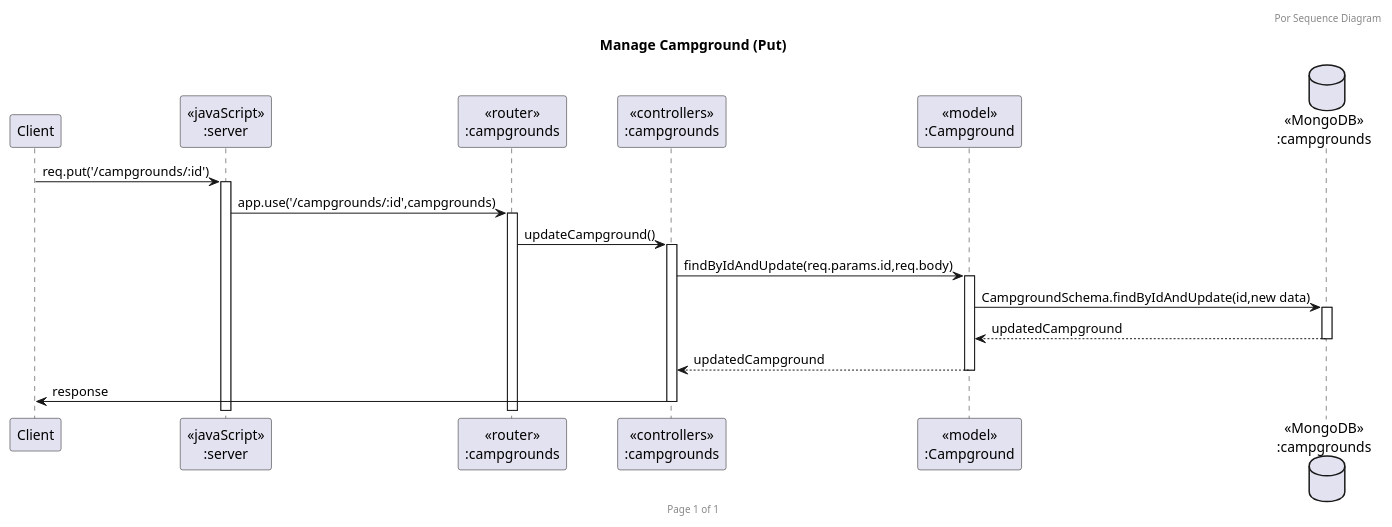
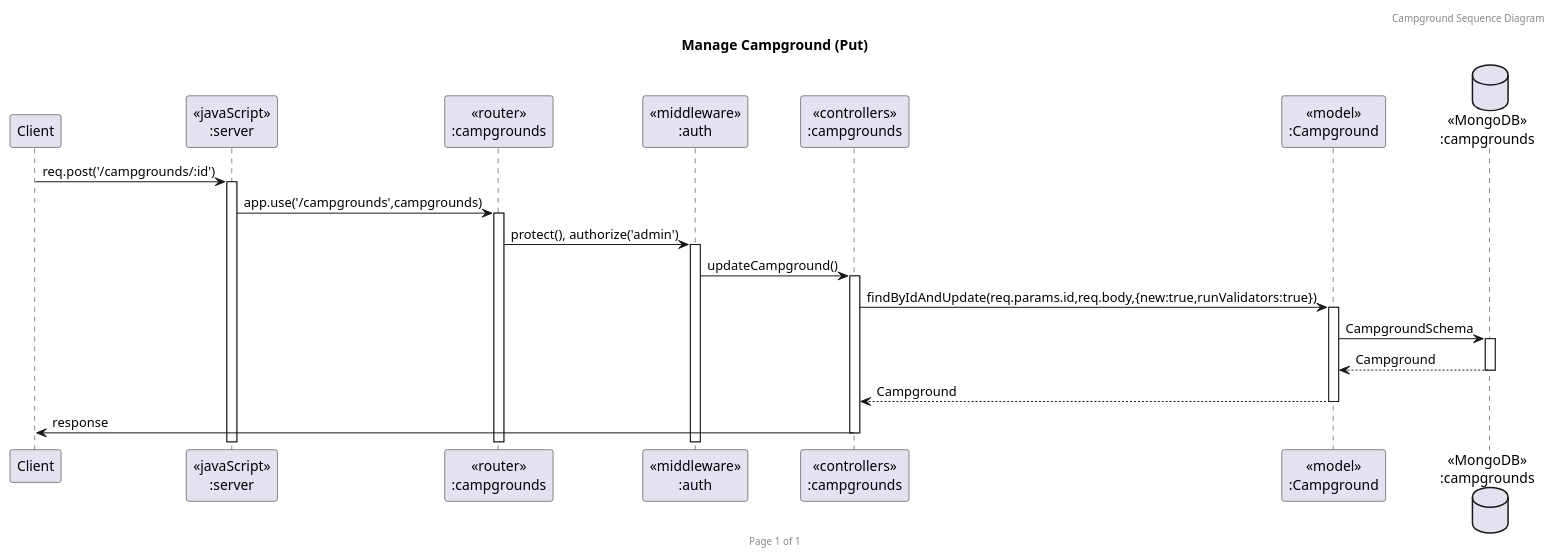
Before and after one commit to 2110503TACEDT66/presentation-day-1-por: the diagram in puml/sequence_diagram/campgrounds/put-campground.puml, drawn with PlantUML. The commit also changed other lines of this file and 11 other files, not shown here.

```diff
--- a/puml/sequence_diagram/campgrounds/put-campground.puml
+++ b/puml/sequence_diagram/campgrounds/put-campground.puml
@@ -1,23 +1,25 @@
 @startuml put-campground
 
-header Por Sequence Diagram
+header Campground Sequence Diagram
 footer Page %page% of %lastpage%
 title "Manage Campground (Put)"
 
 participant "Client" as client
 participant "<<javaScript>>\n:server" as server
 participant "<<router>>\n:campgrounds" as routerCampgrounds
+participant "<<middleware>>\n:auth" as middlewareAuth
 participant "<<controllers>>\n:campgrounds" as controllersCampgrounds
 participant "<<model>>\n:Campground" as modelCampground
 database "<<MongoDB>>\n:campgrounds" as CampgroundsDatabase
 
-client->server ++:req.put('/campgrounds/:id')
-server->routerCampgrounds ++:app.use('/campgrounds/:id',campgrounds)
-routerCampgrounds -> controllersCampgrounds ++:updateCampground()
-controllersCampgrounds->modelCampground ++:findByIdAndUpdate(req.params.id,req.body) 
-modelCampground ->CampgroundsDatabase ++: CampgroundSchema.findByIdAndUpdate(id,new data)
-CampgroundsDatabase --> modelCampground --: updatedCampground
-controllersCampgrounds <-- modelCampground --:updatedCampground
+client->server ++:req.post('/campgrounds/:id')
+server->routerCampgrounds ++:app.use('/campgrounds',campgrounds)
+routerCampgrounds -> middlewareAuth ++: protect(), authorize('admin')
+middlewareAuth -> controllersCampgrounds ++:updateCampground()
+controllersCampgrounds->modelCampground ++:findByIdAndUpdate(req.params.id,req.body,{new:true,runValidators:true})
+modelCampground ->CampgroundsDatabase ++:CampgroundSchema
+CampgroundsDatabase --> modelCampground --:Campground
+controllersCampgrounds <-- modelCampground --:Campground
 controllersCampgrounds->client --:response
 
 @enduml
```
